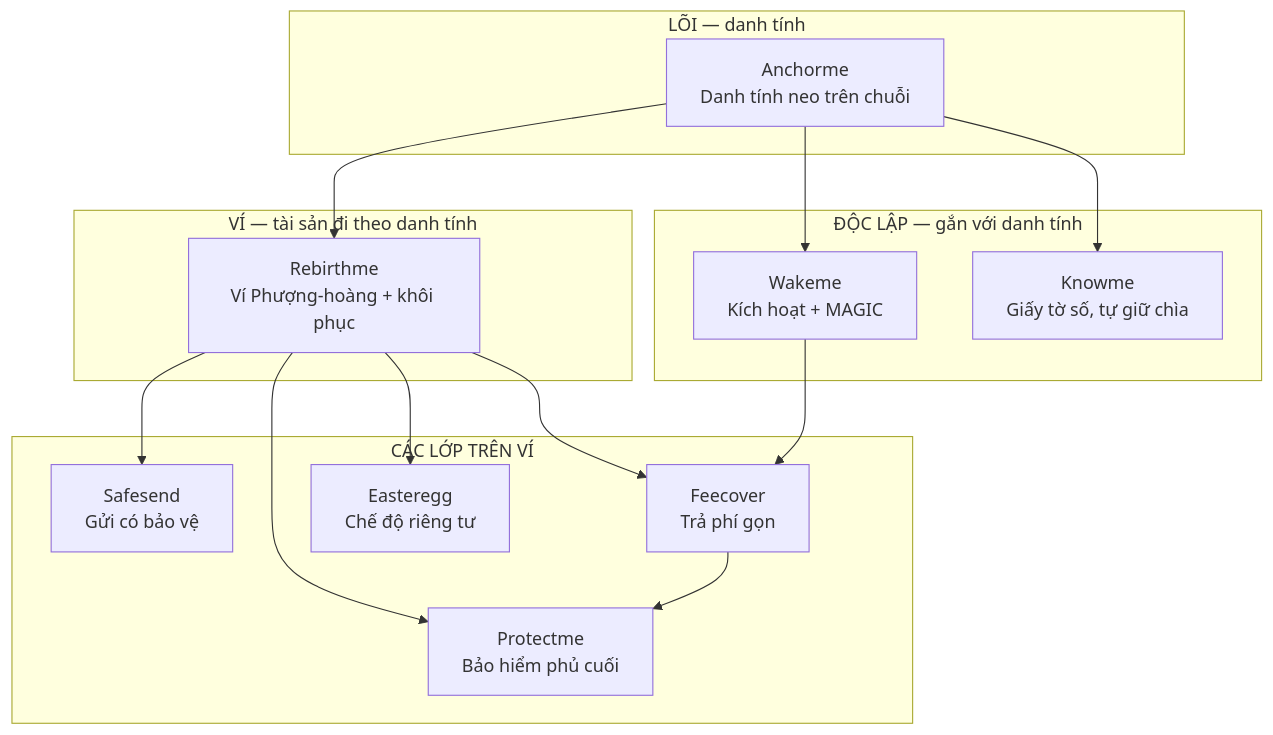
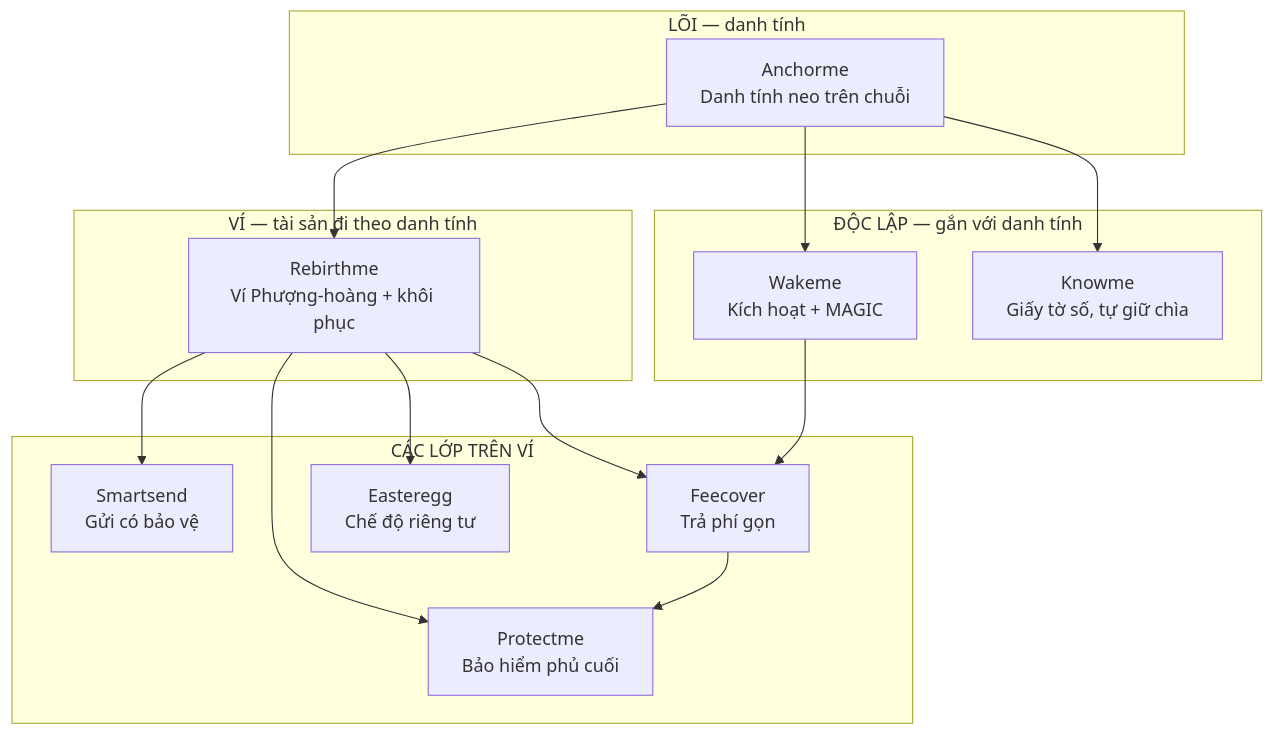
One commit to PhoenixKeyDID/PhoenixKey-Specs changed the first of 4 diagrams in PhoenixKey-Whitepaper.md. Above: the diagram before and after it, drawn with Mermaid. The commit also changed other lines of this file and 27 other files, not shown here.

````diff
--- a/PhoenixKey-Whitepaper.md
+++ b/PhoenixKey-Whitepaper.md
@@ -66,32 +72,32 @@
 ```mermaid
 flowchart TB
     subgraph LOI["LÕI — danh tính"]
         A["Anchorme<br/>Danh tính neo trên chuỗi"]
     end
 
     subgraph VI["VÍ — tài sản đi theo danh tính"]
         R["Rebirthme<br/>Ví Phượng-hoàng + khôi phục"]
     end
 
     subgraph TRENVI["CÁC LỚP TRÊN VÍ"]
-        S["Safesend<br/>Gửi có bảo vệ"]
+        S["Smartsend<br/>Gửi có bảo vệ"]
         F["Feecover<br/>Trả phí gọn"]
         P["Protectme<br/>Bảo hiểm phủ cuối"]
         E["Easteregg<br/>Chế độ riêng tư"]
     end
 
     subgraph RIENG["ĐỘC LẬP — gắn với danh tính"]
         W["Wakeme<br/>Kích hoạt + MAGIC"]
         K["Knowme<br/>Giấy tờ số, tự giữ chìa"]
     end
 
     A --> R
     R --> S
     R --> E
     R --> F
     R --> P
     F --> P
     A --> W
     A --> K
     W --> F
 ```
````
